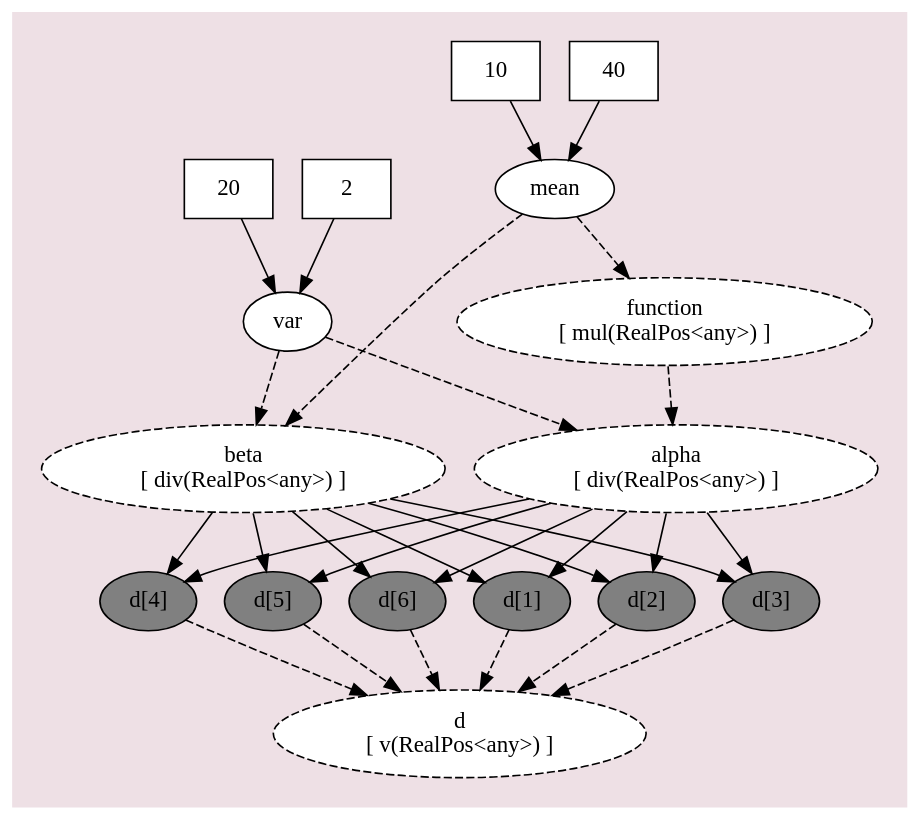
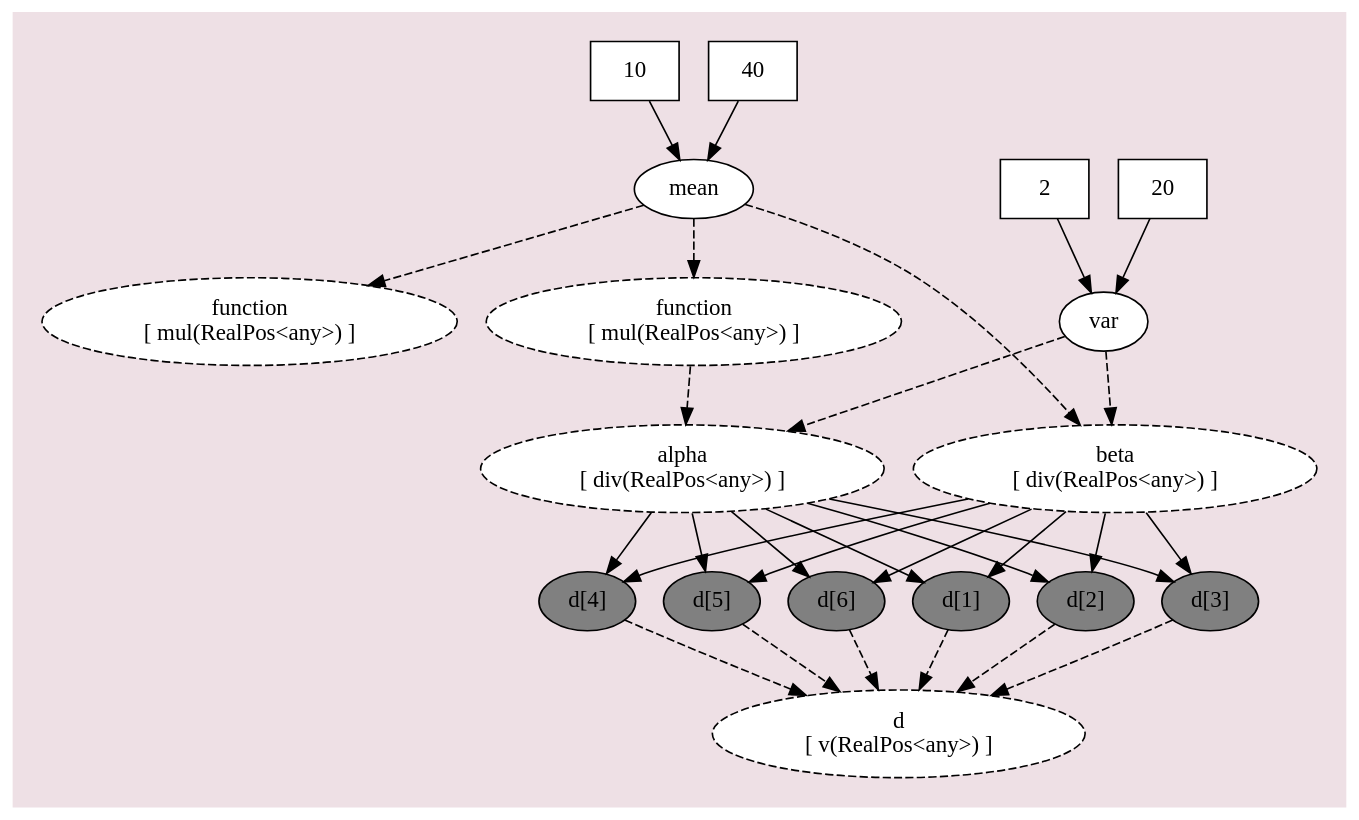
One commit to phyloworks/revbayes-workshop2017 changed the diagram in archery-model/archery_model.dot. Above: the diagram before and after it, drawn with Graphviz. The commit also changed 4 other files, not shown here.

```diff
--- a/archery-model/archery_model.dot
+++ b/archery-model/archery_model.dot
@@ -1,52 +1,54 @@
 /* Graphical model description in DOT language                                    */
 /*    To view graph:                                                              */
 /*       open this file in the program Graphviz: http://www.graphviz.org          */
 /*       or paste contents into an online viewer: http://stamm-wilbrandt.de/GraphvizFiddle */
 
 digraph REVDAG {
    n_beta [shape=oval, style="dashed,filled", fillcolor=white, label="beta\n[ div(RealPos<any>) ]"]
    n_mean [shape=oval, style=filled, fillcolor=white, label="mean"]
-   n_0x7fc663cb6930 [shape=box, style=filled, fillcolor=white, label="10"]
-   n_0x7fc663cb6a60 [shape=box, style=filled, fillcolor=white, label="40"]
-   n_0x7fc663cb6b50 [shape=oval, style="dashed,filled", fillcolor=white, label="function\n[ mul(RealPos<any>) ]"]
+   n_0x7fdb94852500 [shape=box, style=filled, fillcolor=white, label="10"]
+   n_0x7fdb94852630 [shape=box, style=filled, fillcolor=white, label="40"]
+   n_0x7fdb94852740 [shape=oval, style="dashed,filled", fillcolor=white, label="function\n[ mul(RealPos<any>) ]"]
+   n_0x7fdb948529d0 [shape=oval, style="dashed,filled", fillcolor=white, label="function\n[ mul(RealPos<any>) ]"]
    n_alpha [shape=oval, style="dashed,filled", fillcolor=white, label="alpha\n[ div(RealPos<any>) ]"]
    n_var [shape=oval, style=filled, fillcolor=white, label="var"]
-   n_0x7fc663cb7c90 [shape=box, style=filled, fillcolor=white, label="20"]
-   n_0x7fc663cb7da0 [shape=box, style=filled, fillcolor=white, label="2"]
+   n_0x7fdb94853a30 [shape=box, style=filled, fillcolor=white, label="20"]
+   n_0x7fdb94853c30 [shape=box, style=filled, fillcolor=white, label="2"]
    n_d_1 [shape=oval, style=filled, fillcolor=gray, label="d[1]"]
    n_d [shape=oval, style="dashed,filled", fillcolor=white, label="d\n[ v(RealPos<any>) ]"]
    n_d_2 [shape=oval, style=filled, fillcolor=gray, label="d[2]"]
    n_d_3 [shape=oval, style=filled, fillcolor=gray, label="d[3]"]
    n_d_4 [shape=oval, style=filled, fillcolor=gray, label="d[4]"]
    n_d_5 [shape=oval, style=filled, fillcolor=gray, label="d[5]"]
    n_d_6 [shape=oval, style=filled, fillcolor=gray, label="d[6]"]
    n_beta -> n_d_1
    n_beta -> n_d_2
    n_beta -> n_d_3
    n_beta -> n_d_4
    n_beta -> n_d_5
    n_beta -> n_d_6
-   n_mean -> n_0x7fc663cb6b50[style=dashed]
+   n_mean -> n_0x7fdb94852740[style=dashed]
+   n_mean -> n_0x7fdb948529d0[style=dashed]
    n_mean -> n_beta[style=dashed]
-   n_0x7fc663cb6930 -> n_mean
-   n_0x7fc663cb6a60 -> n_mean
-   n_0x7fc663cb6b50 -> n_alpha[style=dashed]
+   n_0x7fdb94852500 -> n_mean
+   n_0x7fdb94852630 -> n_mean
+   n_0x7fdb948529d0 -> n_alpha[style=dashed]
    n_alpha -> n_d_1
    n_alpha -> n_d_2
    n_alpha -> n_d_3
    n_alpha -> n_d_4
    n_alpha -> n_d_5
    n_alpha -> n_d_6
    n_var -> n_alpha[style=dashed]
    n_var -> n_beta[style=dashed]
-   n_0x7fc663cb7c90 -> n_var
-   n_0x7fc663cb7da0 -> n_var
+   n_0x7fdb94853a30 -> n_var
+   n_0x7fdb94853c30 -> n_var
    n_d_1 -> n_d[style=dashed]
    n_d_2 -> n_d[style=dashed]
    n_d_3 -> n_d[style=dashed]
    n_d_4 -> n_d[style=dashed]
    n_d_5 -> n_d[style=dashed]
    n_d_6 -> n_d[style=dashed]
    {rank=same; n_d_1; n_d_2; n_d_3; n_d_4; n_d_5; n_d_6;}
    graph [bgcolor=lavenderblush2, pad=0.25]
 }
```
